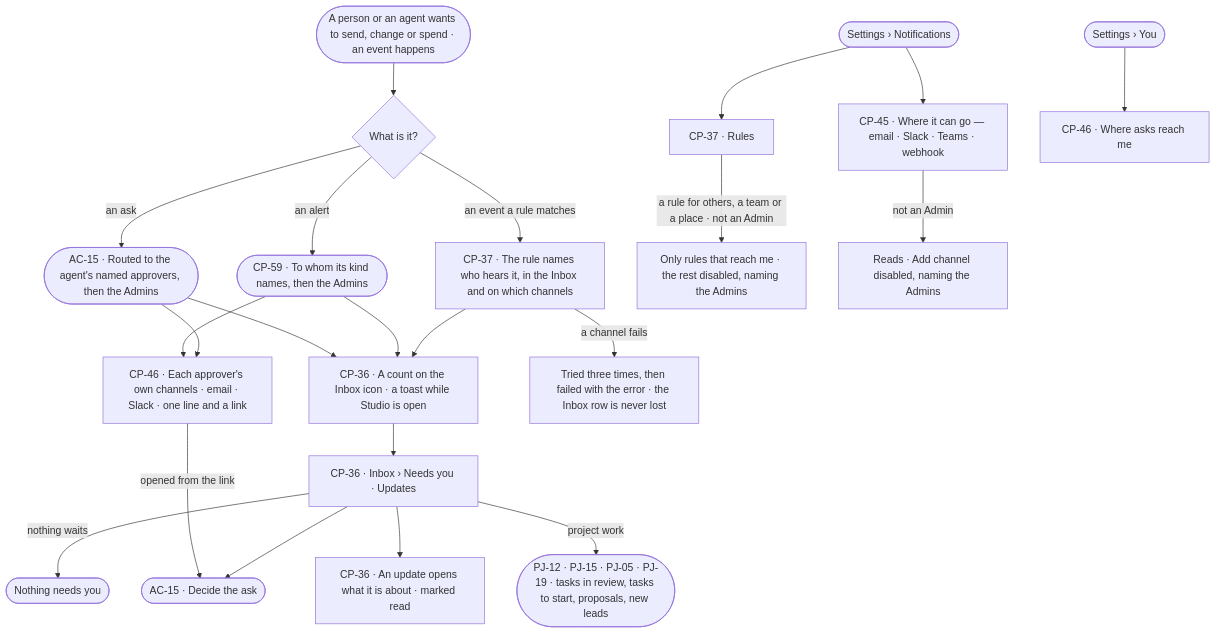
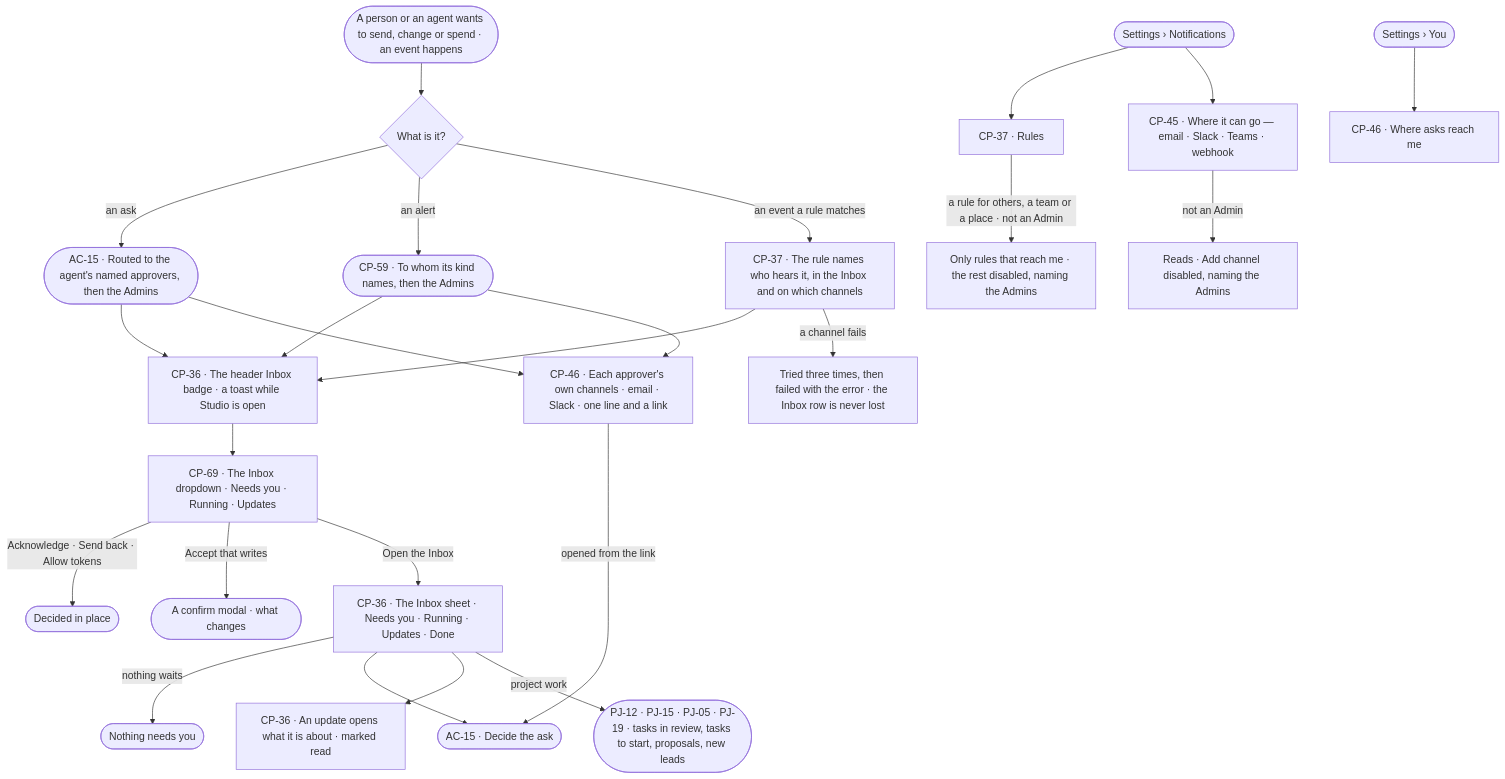
The diagram in specs/os/control/features/CP-F08-the-inbox/feature.md (invana/invana), drawn with Mermaid before and after one commit. The commit also changed other lines of this file and 106 other files, not shown here.

First line of the commit message:
feat(specs): Studio layout — header dropdowns, switcher, sheets and live counts (D1–D20)

````diff
--- a/specs/os/control/features/CP-F08-the-inbox/feature.md
+++ b/specs/os/control/features/CP-F08-the-inbox/feature.md
@@ -24,24 +26,27 @@
 ```mermaid
 flowchart TD
   ev([A person or an agent wants to send, change or spend · an event happens]) --> kind{"What is it?"}
   kind -->|an ask| route(["AC-15 · Routed to the agent's named approvers, then the Admins"])
-  route --> cnt["CP-36 · A count on the Inbox icon · a toast while Studio is open"]
+  route --> cnt["CP-36 · The header Inbox badge · a toast while Studio is open"]
   kind -->|an alert| oa(["CP-59 · To whom its kind names, then the Admins"])
   oa --> cnt
   oa --> mine
   kind -->|an event a rule matches| rule["CP-37 · The rule names who hears it, in the Inbox and on which channels"]
   rule --> cnt
   route --> mine["CP-46 · Each approver's own channels · email · Slack · one line and a link"]
   mine -->|opened from the link| ask
   rule -->|a channel fails| retry["Tried three times, then failed with the error · the Inbox row is never lost"]
-  cnt --> inbox["CP-36 · Inbox › Needs you · Updates"]
+  cnt --> dd["CP-69 · The Inbox dropdown · Needs you · Running · Updates"]
+  dd -->|Acknowledge · Send back · Allow tokens| inplace(["Decided in place"])
+  dd -->|Accept that writes| conf(["A confirm modal · what changes"])
+  dd -->|Open the Inbox| inbox["CP-36 · The Inbox sheet · Needs you · Running · Updates · Done"]
   inbox -->|nothing waits| calm(["Nothing needs you"])
   inbox --> ask(["AC-15 · Decide the ask"])
   inbox --> upd["CP-36 · An update opens what it is about · marked read"]
   inbox -->|project work| pj(["PJ-12 · PJ-15 · PJ-05 · PJ-19 · tasks in review, tasks to start, proposals, new leads"])
   set([Settings › Notifications]) --> r5["CP-37 · Rules"]
   r5 -->|a rule for others, a team or a place · not an Admin| r5ro["Only rules that reach me · the rest disabled, naming the Admins"]
   set --> chs["CP-45 · Where it can go — email · Slack · Teams · webhook"]
   chs -->|not an Admin| chro["Reads · Add channel disabled, naming the Admins"]
   me([Settings › You]) --> pref["CP-46 · Where asks reach me"]
 ```
````
